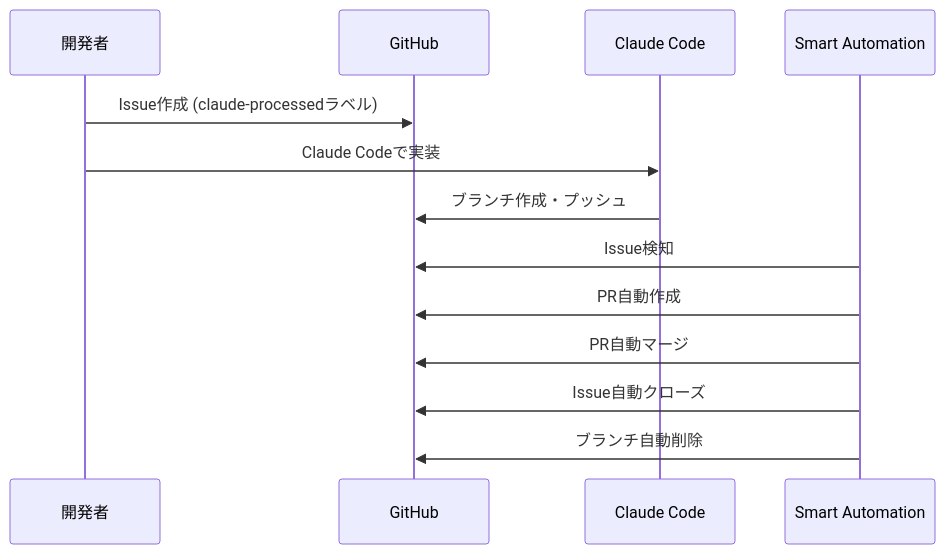
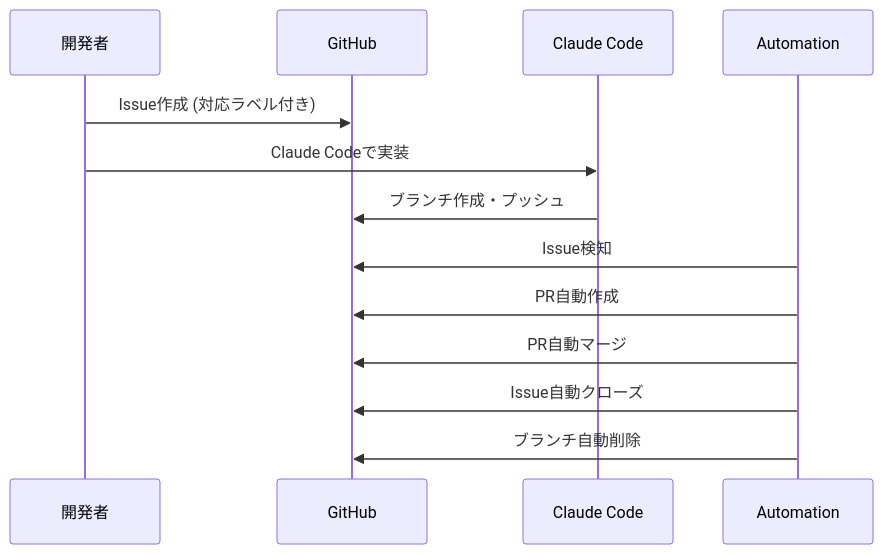
Before and after one commit to takezou621/claude-automation: the diagram in docs/usage.ja.md, drawn with Mermaid. The commit also changed other lines of this file and 3 other files, not shown here.

````diff
--- a/docs/usage.ja.md
+++ b/docs/usage.ja.md
@@ -7,16 +15,16 @@
 ```mermaid
 sequenceDiagram
     participant User as 開発者
     participant GH as GitHub
     participant Claude as Claude Code
-    participant Auto as Smart Automation
+    participant Auto as Automation
     
-    User->>GH: Issue作成 (claude-processedラベル)
+    User->>GH: Issue作成 (対応ラベル付き)
     User->>Claude: Claude Codeで実装
     Claude->>GH: ブランチ作成・プッシュ
     Auto->>GH: Issue検知
     Auto->>GH: PR自動作成
     Auto->>GH: PR自動マージ
     Auto->>GH: Issue自動クローズ
     Auto->>GH: ブランチ自動削除
 ```
````
